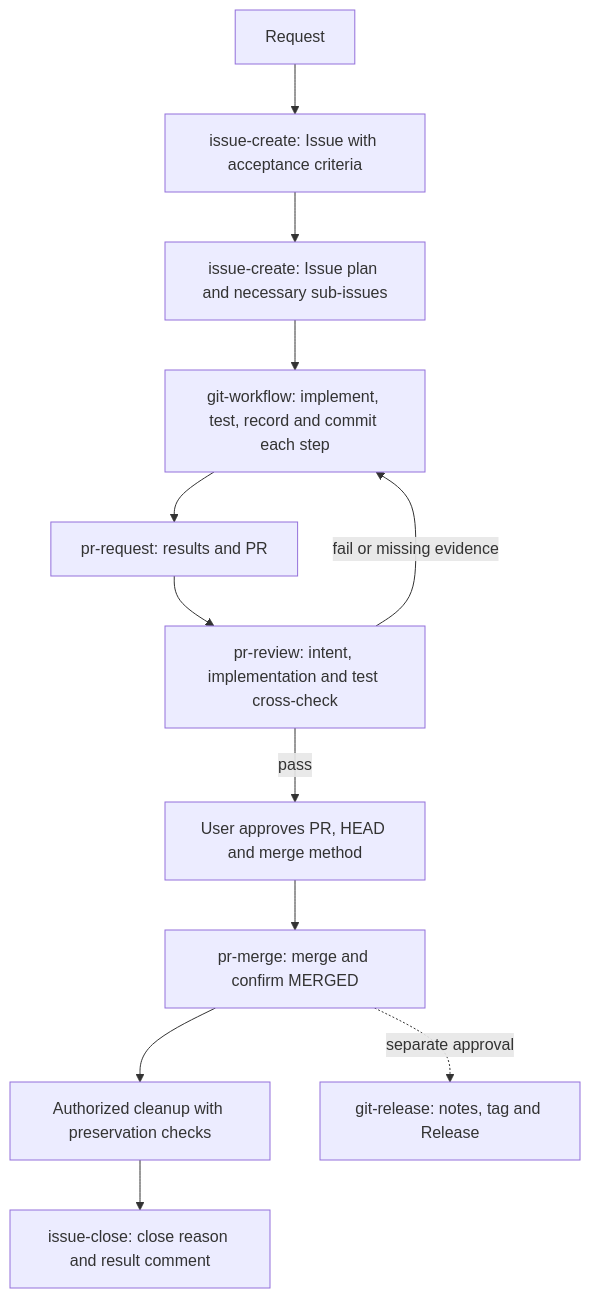
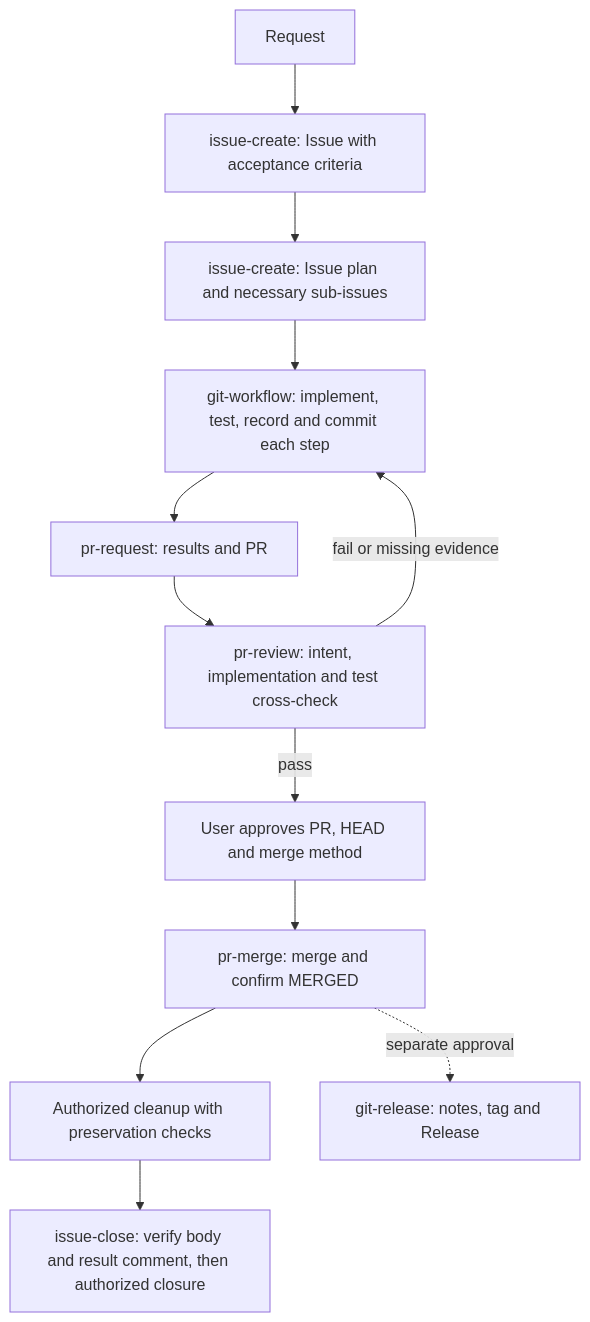
One commit to insung/git-workflow changed the diagram in README.md. Above: the diagram before and after it, drawn with Mermaid. The commit also changed other lines of this file and 10 other files, not shown here.

First line of the commit message:
fix(issue-close): PR 참조와 종료 전 본문 갱신 분리

````diff
--- a/README.md
+++ b/README.md
@@ -43,14 +43,14 @@
 ```mermaid
 flowchart TD
     A[Request] --> B[issue-create: Issue with acceptance criteria]
     B --> C[issue-create: Issue plan and necessary sub-issues]
     C --> D[git-workflow: implement, test, record and commit each step]
     D --> E[pr-request: results and PR]
     E --> F[pr-review: intent, implementation and test cross-check]
     F -->|fail or missing evidence| D
     F -->|pass| G[User approves PR, HEAD and merge method]
     G --> H[pr-merge: merge and confirm MERGED]
     H --> J[Authorized cleanup with preservation checks]
-    J --> K[issue-close: close reason and result comment]
+    J --> K[issue-close: verify body and result comment, then authorized closure]
     H -. separate approval .-> I[git-release: notes, tag and Release]
 ```
````
